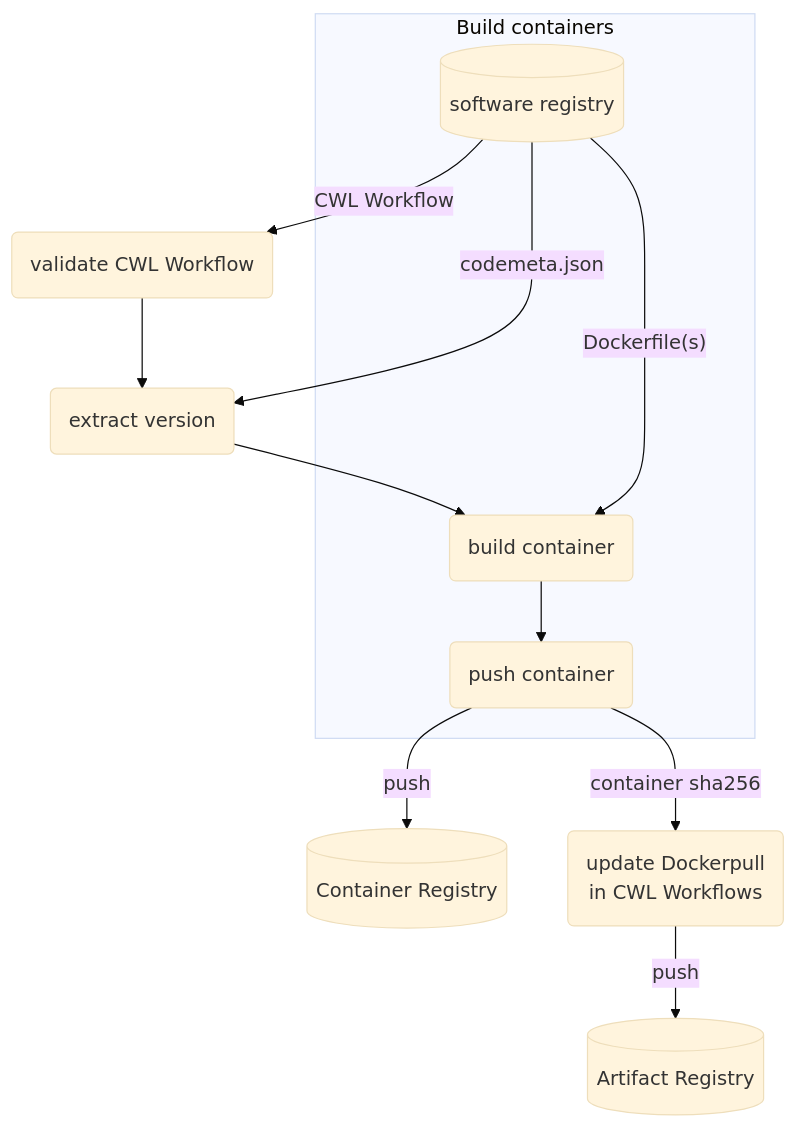
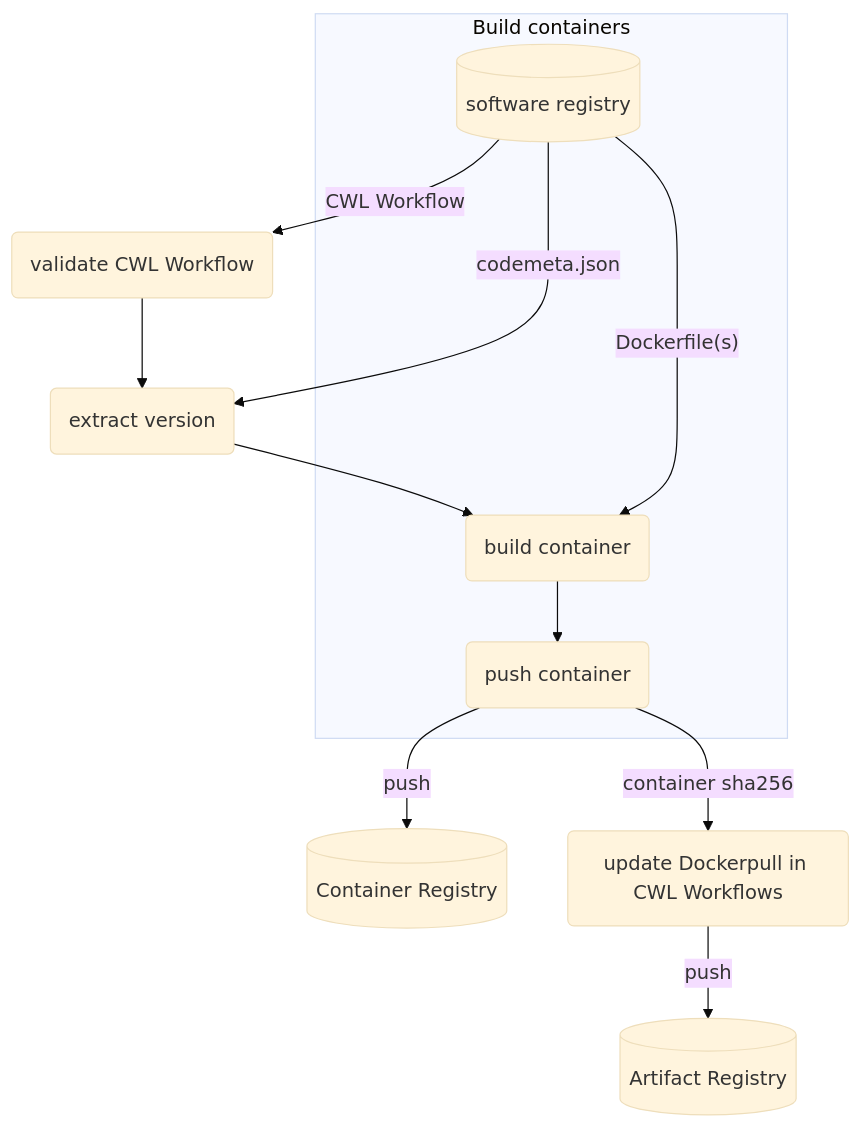
Before and after one commit to Terradue/app-package-training-bids23: the diagram in docs/release/ci.md, drawn with Mermaid (base theme). The commit also changed other lines of this file and 1 other file, not shown here.

````diff
--- a/docs/release/ci.md
+++ b/docs/release/ci.md
@@ -35,15 +31,14 @@
 ``` mermaid
 graph TB
 SCM[(software registry)]
 SCM -- CWL Workflow --> A
 SCM -- codemeta.json --> B
 A(validate CWL Workflow) --> B(extract version)
 B --> C
 subgraph Build containers
 SCM -- Dockerfile(s) --> C
 C(build container) --> D(push container) 
 end
 D -- push --> CR[(Container Registry)] 
-D -- container sha256 --> F("update Dockerpull
-in CWL Workflows") -- push --> AR[(Artifact Registry)]
+D -- container sha256 --> F("update Dockerpull in CWL Workflows") -- push --> AR[(Artifact Registry)]
 ```
````
